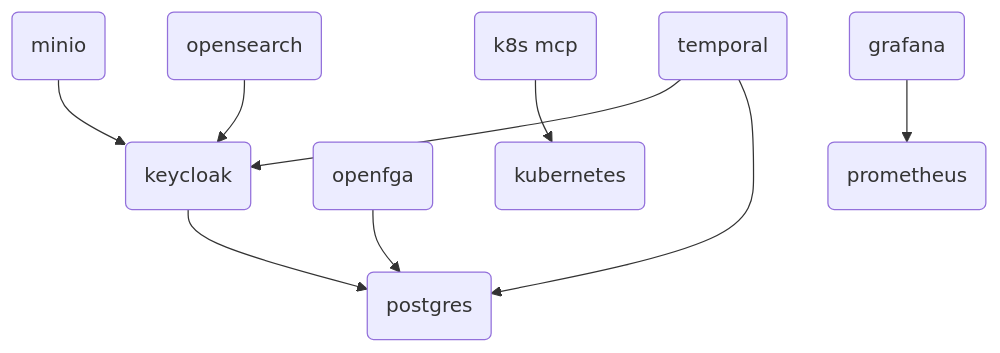
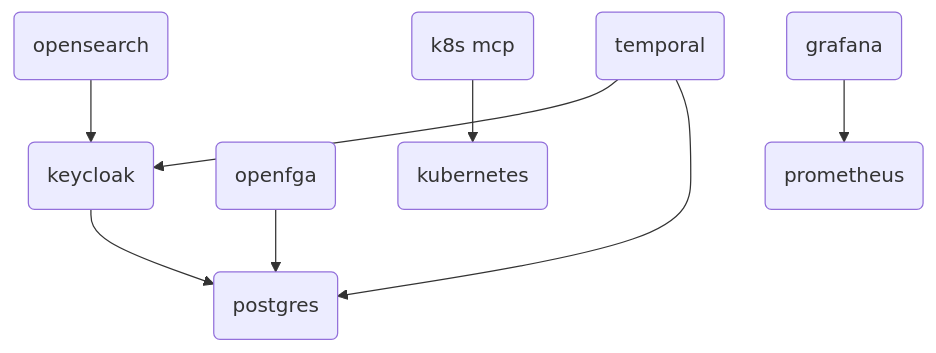
The diagram in docker-compose/README.md (fred-agent/fred-deployment-factory), drawn with Mermaid before and after one commit. The commit also changed other lines of this file and 18 other files, not shown here.

````diff
--- a/docker-compose/README.md
+++ b/docker-compose/README.md
@@ -76,12 +76,11 @@
 ```mermaid
 graph TB
 A(keycloak) --> E(postgres)
-B(minio) --> A(keycloak)
 C(opensearch) --> A(keycloak)
 I(openfga) --> E(postgres)
 H(temporal) --> A(keycloak)
 H(temporal) --> E(postgres)
 F(k8s mcp) --> G(kubernetes)
 J(prometheus)
 K(grafana) --> J(prometheus)
 ```
````
